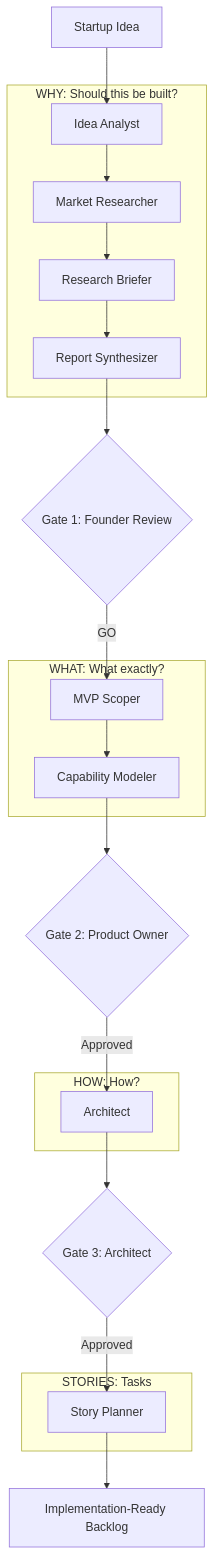
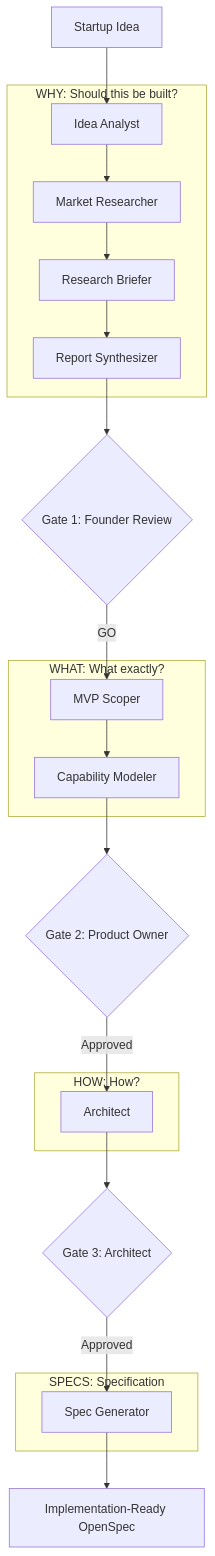
Before and after one commit to arslan70/haytham: the diagram in docs/how-it-works.md, drawn with Mermaid. The commit also changed other lines of this file and 36 other files, not shown here.

First line of the commit message:
feat: replace Phase 4 Stories with OpenSpec generation

````diff
--- a/docs/how-it-works.md
+++ b/docs/how-it-works.md
@@ -16,33 +16,33 @@
 ```mermaid
 flowchart TD
     idea[Startup Idea] --> idea_analyst[Idea Analyst]
 
     subgraph why["WHY: Should this be built?"]
         idea_analyst --> market[Market Researcher]
         market --> briefer[Research Briefer]
         briefer --> synthesis[Report Synthesizer]
     end
 
     synthesis --> gate1{Gate 1: Founder Review}
     gate1 -->|GO| mvp
 
     subgraph what["WHAT: What exactly?"]
         mvp[MVP Scoper] --> capability[Capability Modeler]
     end
 
     capability --> gate2{Gate 2: Product Owner}
     gate2 -->|Approved| build_buy
 
     subgraph how["HOW: How?"]
         build_buy[Architect]
     end
 
     build_buy --> gate3{Gate 3: Architect}
-    gate3 -->|Approved| stories
+    gate3 -->|Approved| specs
 
-    subgraph stories_phase["STORIES: Tasks"]
-        stories[Story Planner]
+    subgraph specs_phase["SPECS: Specification"]
+        specs[Spec Generator]
     end
 
-    stories --> output[Implementation-Ready Backlog]
+    specs --> output[Implementation-Ready OpenSpec]
 ```
````
